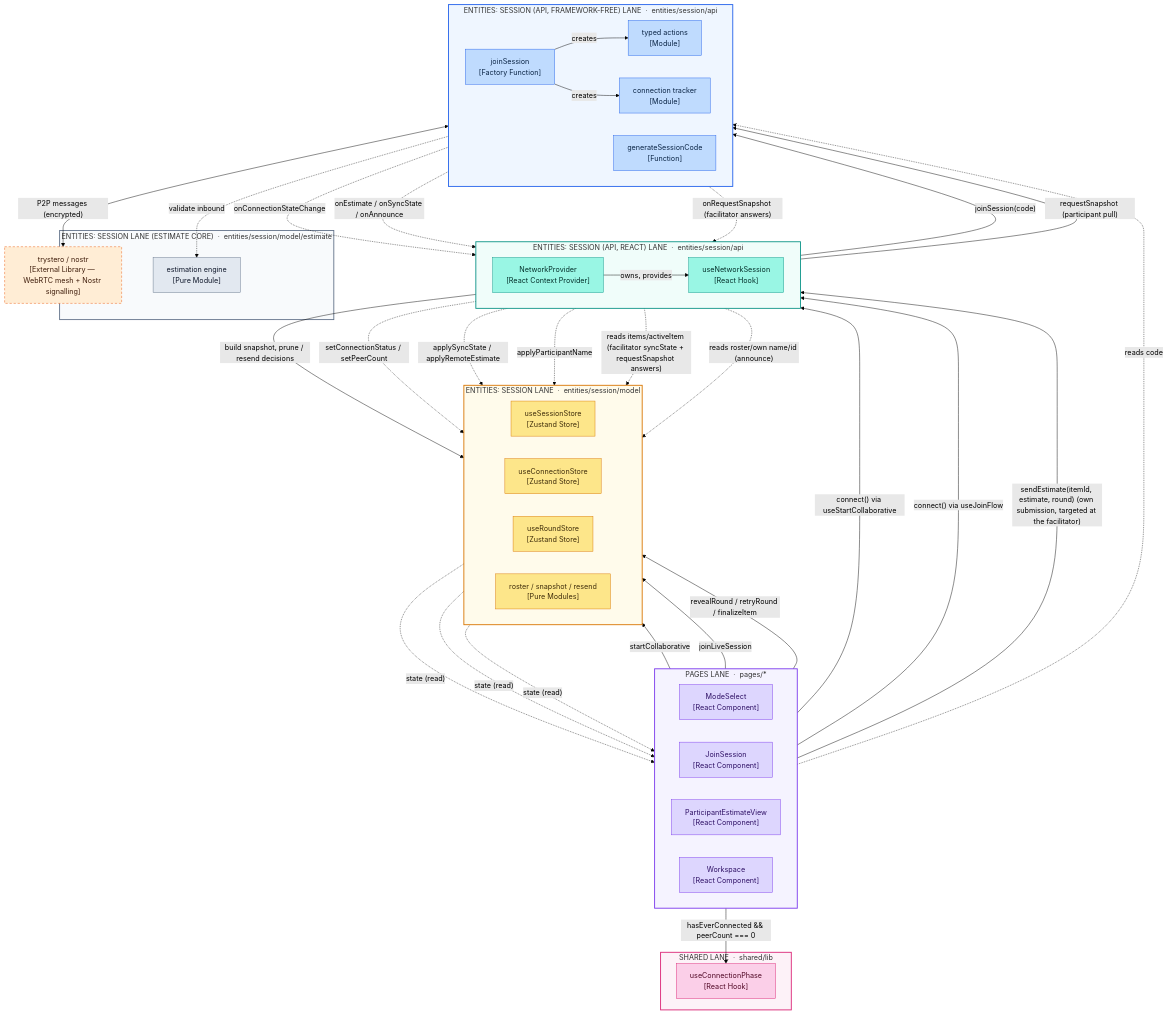
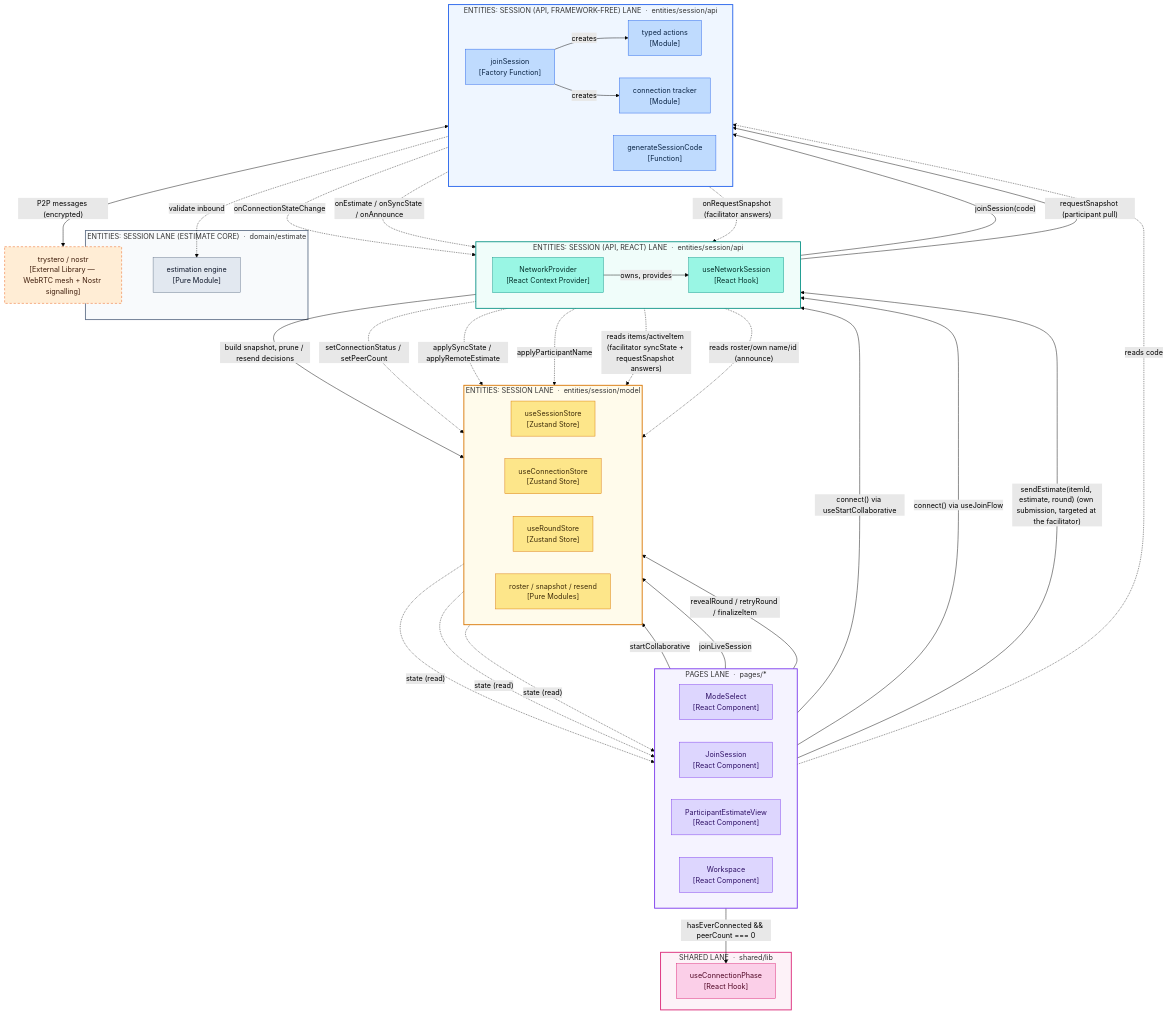
The first of 8 diagrams in docs/concepts/collaboration-mode.md (cfisch3r/estimate), drawn with Mermaid (forest theme) before and after one commit. The commit also changed other lines of this file and 52 other files, not shown here.

```diff
--- a/docs/concepts/collaboration-mode.md
+++ b/docs/concepts/collaboration-mode.md
@@ -61,7 +61,7 @@
     Code["generateSessionCode<br/>[Function]"]
   end
 
-  subgraph purelane["ENTITIES: SESSION LANE (ESTIMATE CORE) &nbsp;·&nbsp; entities/session/model/estimate"]
+  subgraph purelane["ENTITIES: SESSION LANE (ESTIMATE CORE) &nbsp;·&nbsp; domain/estimate"]
     Calc["estimation engine<br/>[Pure Module]"]
   end
 
```
